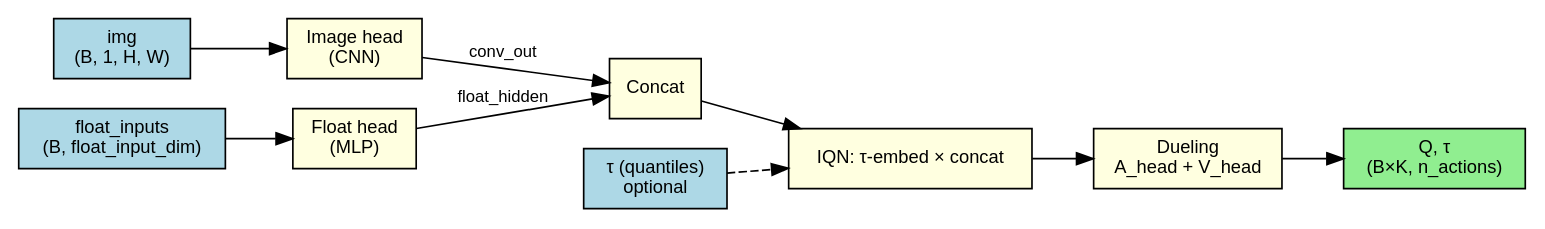
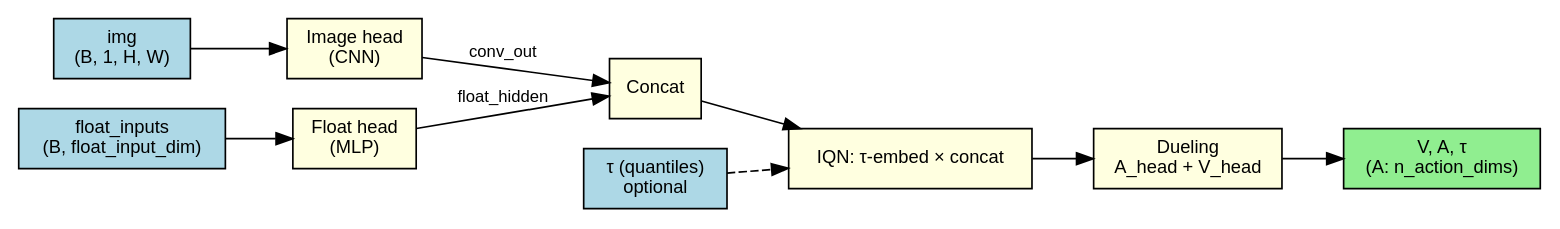
Before and after one commit to ArtyomZemlyak/rulka: the first of 5 diagrams in docs/source/experiments/models/iqn_architecture.rst, drawn with Graphviz. The commit also changed other lines of this file and 34 other files, not shown here.

```diff
--- a/docs/source/experiments/models/iqn_architecture.rst
+++ b/docs/source/experiments/models/iqn_architecture.rst
@@ -98,37 +97,37 @@
 .. graphviz::
 
    digraph iqn_high_level {
       rankdir=LR;
       node [shape=box, fontname="Helvetica", fontsize=11];
       edge [fontname="Helvetica", fontsize=10];
 
       subgraph inputs {
         node [fillcolor=lightblue, style="filled"];
         img [label="img\n(B, 1, H, W)"];
         floats [label="float_inputs\n(B, float_input_dim)"];
         tau_in [label="τ (quantiles)\noptional"];
       }
 
       subgraph backbone {
         node [fillcolor=lightyellow, style="filled"];
         img_head [label="Image head\n(CNN)"];
         float_head [label="Float head\n(MLP)"];
         concat [label="Concat"];
         iqn_block [label="IQN: τ-embed × concat"];
         dueling [label="Dueling\nA_head + V_head"];
       }
 
       subgraph outputs {
         node [fillcolor=lightgreen, style="filled"];
-        Q_out [label="Q, τ\n(B×K, n_actions)"];
+        Q_out [label="V, A, τ\n(A: n_action_dims)"];
       }
 
       img -> img_head;
       floats -> float_head;
       img_head -> concat [label="conv_out"];
       float_head -> concat [label="float_hidden"];
       concat -> iqn_block;
       tau_in -> iqn_block [style=dashed];
       iqn_block -> dueling;
       dueling -> Q_out;
    }
```
